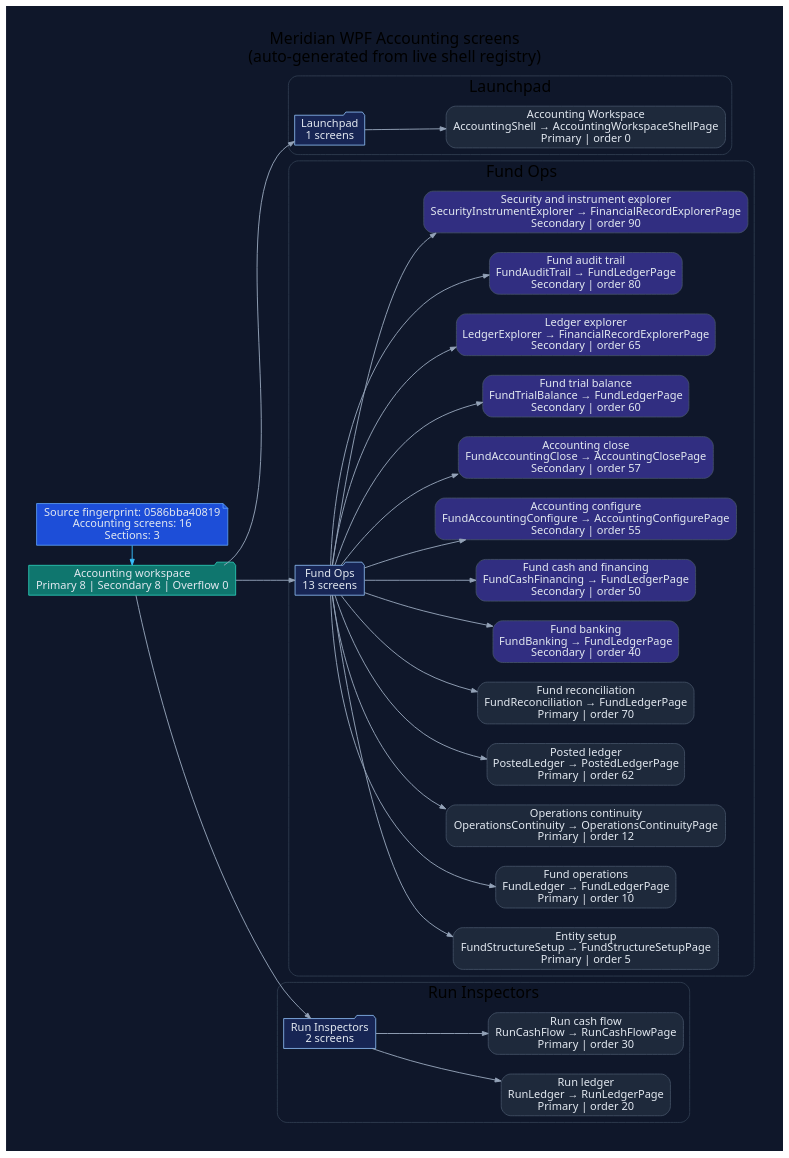
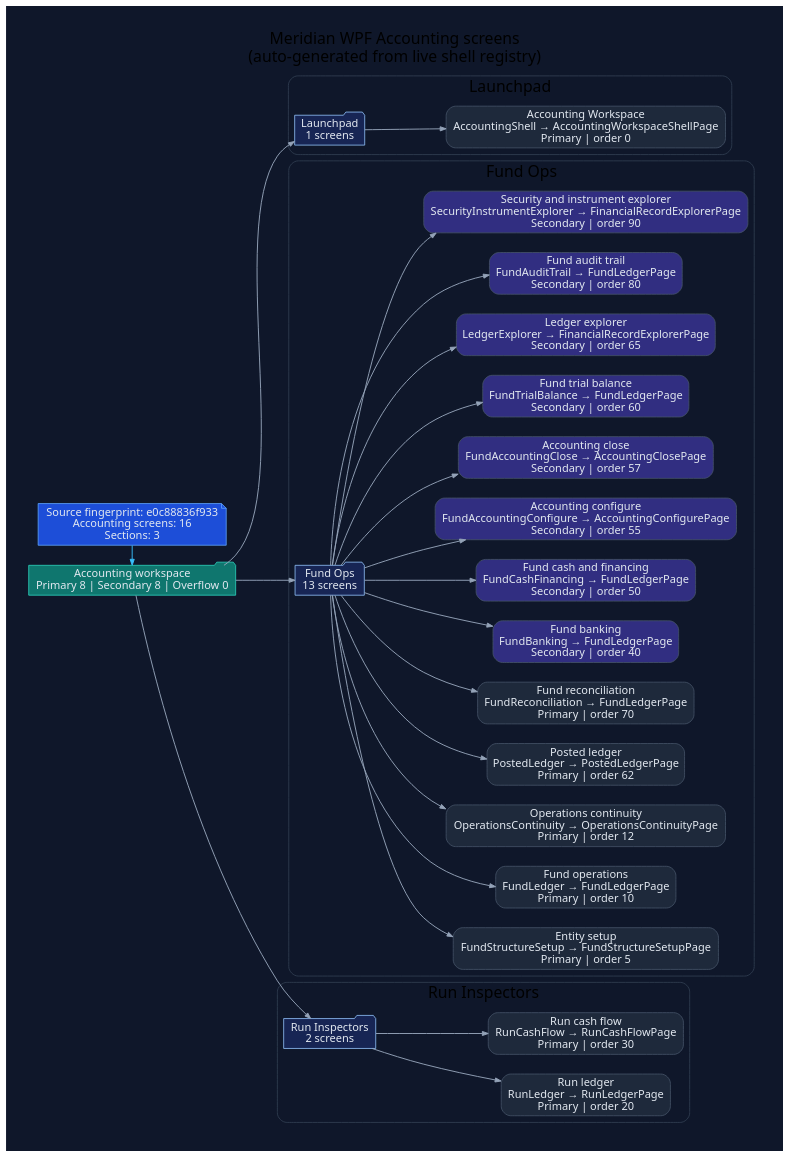
Before and after one commit to rodoHasArrived/Meridian-main: the diagram in docs/diagrams/ui-wpf-screens-accounting.dot, drawn with Graphviz. The commit also changed 21 other files, not shown here.

First line of the commit message:
docs(diagrams): regenerate UI diagrams for the changed WPF source fingerprint

```diff
--- a/docs/diagrams/ui-wpf-screens-accounting.dot
+++ b/docs/diagrams/ui-wpf-screens-accounting.dot
@@ -1,82 +1,82 @@
 // -----------------------------------------------------------------------------
 // <auto-generated>
 // Generated by scripts/generate-diagrams.mjs.
 // Do not edit this file directly; update the WPF source files instead.
 // -----------------------------------------------------------------------------
 digraph WpfAccountingScreens {
   graph [
     rankdir=LR,
     labelloc=t,
     label="Meridian WPF Accounting screens\n(auto-generated from live shell registry)",
     fontname="Segoe UI",
     fontsize=20,
     pad=0.4,
     nodesep=0.35,
     ranksep=0.85,
     bgcolor="#0f172a"
   ];
   node [fontname="Segoe UI", shape=box, style="rounded,filled", color="#475569", fontcolor="#e2e8f0", fillcolor="#1e293b"];
   edge [fontname="Segoe UI", color="#94a3b8", penwidth=1.2, arrowsize=0.75];
 
-  generated [shape=note, fillcolor="#1d4ed8", color="#60a5fa", label="Source fingerprint: 0586bba40819\nAccounting screens: 16\nSections: 3"];
+  generated [shape=note, fillcolor="#1d4ed8", color="#60a5fa", label="Source fingerprint: e0c88836f933\nAccounting screens: 16\nSections: 3"];
   workspace [shape=folder, fillcolor="#0f766e", color="#2dd4bf", label="Accounting workspace\nPrimary 8 | Secondary 8 | Overflow 0"];
   generated -> workspace [color="#38bdf8"];
 
   subgraph cluster_section_1 {
     label="Launchpad";
     color="#334155";
     style="rounded";
     section_1 [shape=folder, fillcolor="#172554", color="#93c5fd", label="Launchpad\n1 screens"];
     workspace -> section_1;
     screen_AccountingShell [fillcolor="#1e293b", label="Accounting Workspace\nAccountingShell → AccountingWorkspaceShellPage\nPrimary | order 0"];
     section_1 -> screen_AccountingShell;
   }
 
   subgraph cluster_section_2 {
     label="Fund Ops";
     color="#334155";
     style="rounded";
     section_2 [shape=folder, fillcolor="#172554", color="#93c5fd", label="Fund Ops\n13 screens"];
     workspace -> section_2;
     screen_FundStructureSetup [fillcolor="#1e293b", label="Entity setup\nFundStructureSetup → FundStructureSetupPage\nPrimary | order 5"];
     section_2 -> screen_FundStructureSetup;
     screen_FundLedger [fillcolor="#1e293b", label="Fund operations\nFundLedger → FundLedgerPage\nPrimary | order 10"];
     section_2 -> screen_FundLedger;
     screen_OperationsContinuity [fillcolor="#1e293b", label="Operations continuity\nOperationsContinuity → OperationsContinuityPage\nPrimary | order 12"];
     section_2 -> screen_OperationsContinuity;
     screen_PostedLedger [fillcolor="#1e293b", label="Posted ledger\nPostedLedger → PostedLedgerPage\nPrimary | order 62"];
     section_2 -> screen_PostedLedger;
     screen_FundReconciliation [fillcolor="#1e293b", label="Fund reconciliation\nFundReconciliation → FundLedgerPage\nPrimary | order 70"];
     section_2 -> screen_FundReconciliation;
     screen_FundBanking [fillcolor="#312e81", label="Fund banking\nFundBanking → FundLedgerPage\nSecondary | order 40"];
     section_2 -> screen_FundBanking;
     screen_FundCashFinancing [fillcolor="#312e81", label="Fund cash and financing\nFundCashFinancing → FundLedgerPage\nSecondary | order 50"];
     section_2 -> screen_FundCashFinancing;
     screen_FundAccountingConfigure [fillcolor="#312e81", label="Accounting configure\nFundAccountingConfigure → AccountingConfigurePage\nSecondary | order 55"];
     section_2 -> screen_FundAccountingConfigure;
     screen_FundAccountingClose [fillcolor="#312e81", label="Accounting close\nFundAccountingClose → AccountingClosePage\nSecondary | order 57"];
     section_2 -> screen_FundAccountingClose;
     screen_FundTrialBalance [fillcolor="#312e81", label="Fund trial balance\nFundTrialBalance → FundLedgerPage\nSecondary | order 60"];
     section_2 -> screen_FundTrialBalance;
     screen_LedgerExplorer [fillcolor="#312e81", label="Ledger explorer\nLedgerExplorer → FinancialRecordExplorerPage\nSecondary | order 65"];
     section_2 -> screen_LedgerExplorer;
     screen_FundAuditTrail [fillcolor="#312e81", label="Fund audit trail\nFundAuditTrail → FundLedgerPage\nSecondary | order 80"];
     section_2 -> screen_FundAuditTrail;
     screen_SecurityInstrumentExplorer [fillcolor="#312e81", label="Security and instrument explorer\nSecurityInstrumentExplorer → FinancialRecordExplorerPage\nSecondary | order 90"];
     section_2 -> screen_SecurityInstrumentExplorer;
   }
 
   subgraph cluster_section_3 {
     label="Run Inspectors";
     color="#334155";
     style="rounded";
     section_3 [shape=folder, fillcolor="#172554", color="#93c5fd", label="Run Inspectors\n2 screens"];
     workspace -> section_3;
     screen_RunLedger [fillcolor="#1e293b", label="Run ledger\nRunLedger → RunLedgerPage\nPrimary | order 20"];
     section_3 -> screen_RunLedger;
     screen_RunCashFlow [fillcolor="#1e293b", label="Run cash flow\nRunCashFlow → RunCashFlowPage\nPrimary | order 30"];
     section_3 -> screen_RunCashFlow;
   }
 
   { rank=min; generated; workspace; }
 }
```
